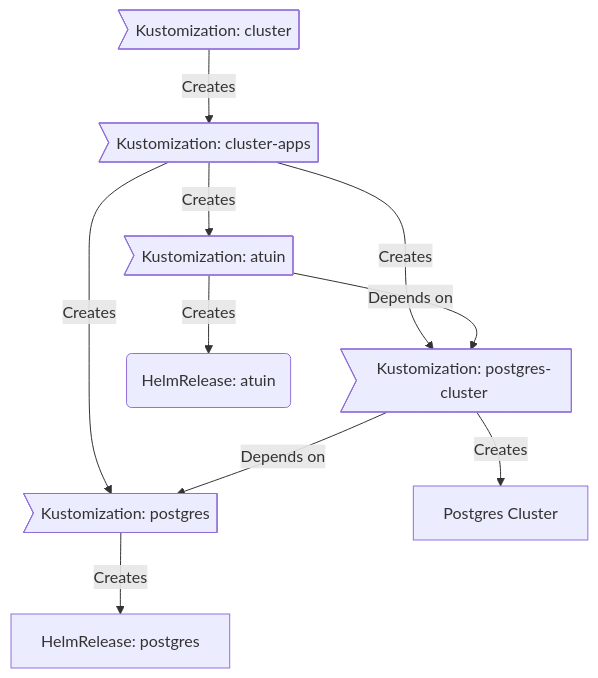
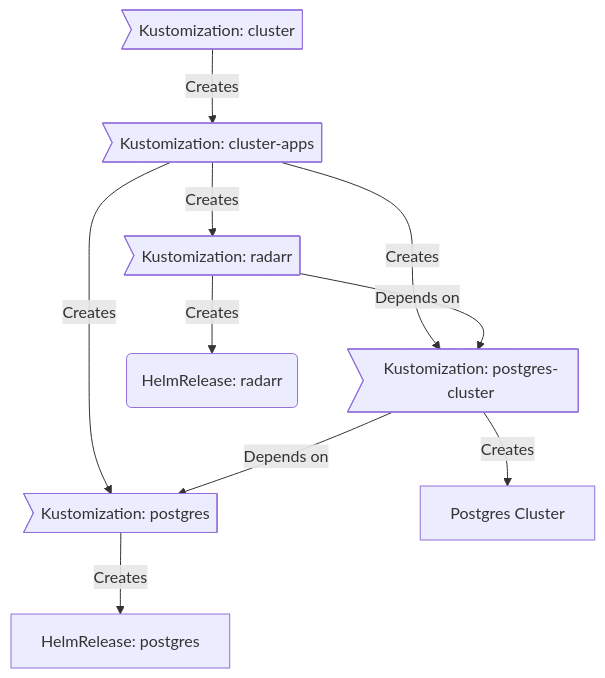
The diagram in README.md (sob/home-ops), drawn with Mermaid before and after one commit.

Commit message:
[repo] we dont use atuin

````diff
--- a/README.md
+++ b/README.md
@@ -88,12 +88,12 @@
 ```mermaid
 graph TD;
   id1>Kustomization: cluster] -->|Creates| id2>Kustomization: cluster-apps];
   id2>Kustomization: cluster-apps] -->|Creates| id3>Kustomization: postgres];
   id2>Kustomization: cluster-apps] -->|Creates| id5>Kustomization: postgres-cluster]
-  id2>Kustomization: cluster-apps] -->|Creates| id8>Kustomization: atuin]
+  id2>Kustomization: cluster-apps] -->|Creates| id8>Kustomization: radarr]
   id3>Kustomization: postgres] -->|Creates| id4[HelmRelease: postgres];
   id5>Kustomization: postgres-cluster] -->|Depends on| id3>Kustomization: postgres];
   id5>Kustomization: postgres-cluster] -->|Creates| id10[Postgres Cluster];
-  id8>Kustomization: atuin] -->|Creates| id9(HelmRelease: atuin);
-  id8>Kustomization: atuin] -->|Depends on| id5>Kustomization: postgres-cluster];
+  id8>Kustomization: radarr] -->|Creates| id9(HelmRelease: radarr);
+  id8>Kustomization: radarr] -->|Depends on| id5>Kustomization: postgres-cluster];
 ```
````
